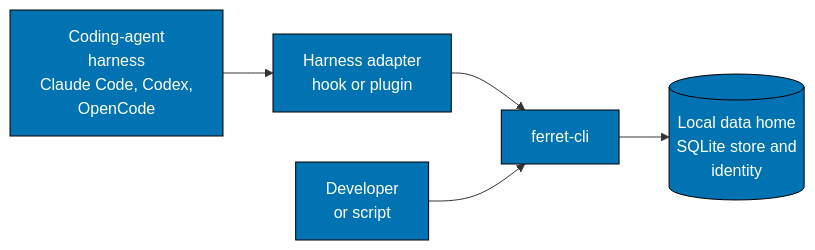
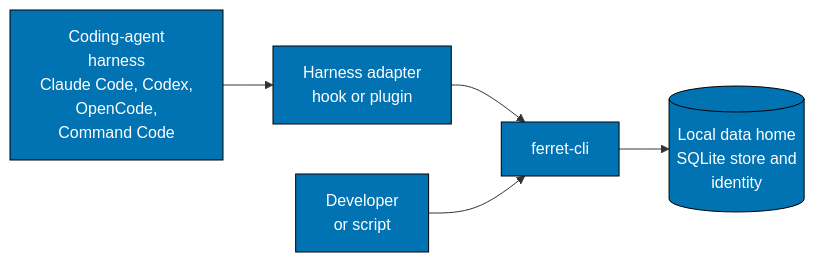
The first of 2 diagrams in specs/apps/ferret/cli/architecture.md (wahidyankf/ose-public), drawn with Mermaid before and after one commit. The commit also changed other lines of this file and 44 other files, not shown here.

Commit message:
feat(ferret): support Command Code metadata and verify adapter deadlines

````diff
--- a/specs/apps/ferret/cli/architecture.md
+++ b/specs/apps/ferret/cli/architecture.md
@@ -14,10 +14,10 @@
 ```mermaid
 flowchart LR
     accTitle: System Context
     accDescr: Coding-agent harnesses call harness adapters, which call ferret-cli; the developer runs ferret-cli directly; ferret-cli reads and writes one local data home.
-    HARNESS[Coding-agent<br/>harness<br/>Claude Code, Codex,<br/>OpenCode] --> ADAPTER[Harness adapter<br/>hook or plugin]
+    HARNESS[Coding-agent<br/>harness<br/>Claude Code, Codex,<br/>OpenCode,<br/>Command Code] --> ADAPTER[Harness adapter<br/>hook or plugin]
     ADAPTER --> CLI[ferret-cli]
     DEV[Developer<br/>or script] --> CLI
     CLI --> HOME[(Local data home<br/>SQLite store and<br/>identity)]
     classDef default fill:#0173B2,stroke:#000000,color:#FFFFFF
 ```
````
